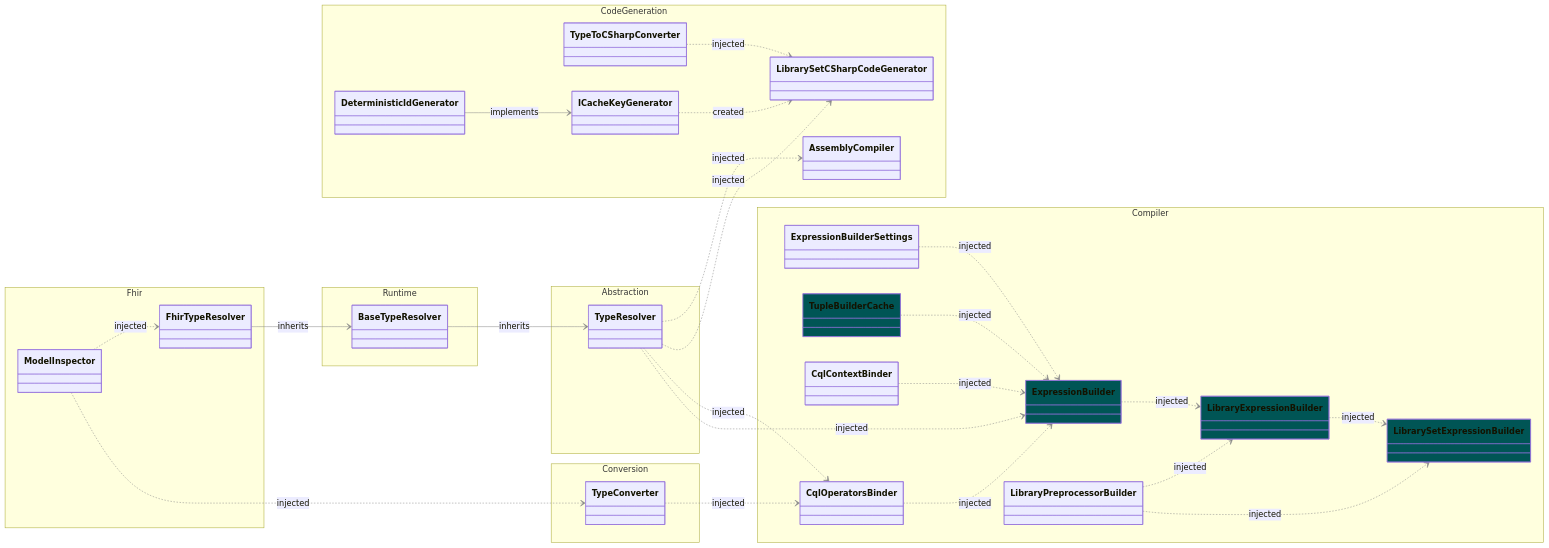
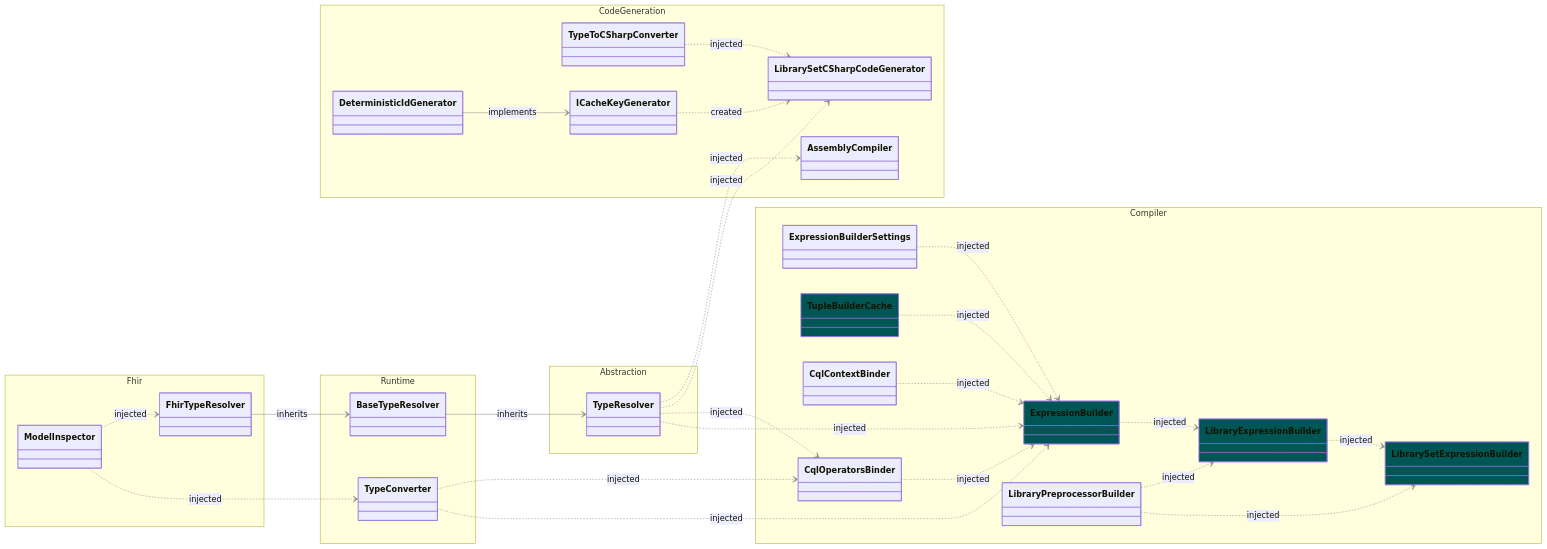
Before and after one commit to kairo-x26/firely-cql-sdk: the first of 3 diagrams in docs/dependency-diagrams.md, drawn with Mermaid. The commit also changed other lines of this file and 2 other files, not shown here.

Commit message:
docs: update stale pipeline descriptions in architecture and getting-started docs

````diff
--- a/docs/dependency-diagrams.md
+++ b/docs/dependency-diagrams.md
@@ -16,82 +16,80 @@
 ```mermaid
 %%{init: {
     'themeVariables':{  
       'lineColor': '#888',
       'lineWidth': 4
 }}}%%
 
 classDiagram
 
     direction LR
 
     namespace Compiler {
         class LibrarySetExpressionBuilder { }    
         class LibraryExpressionBuilder { }    
         class ExpressionBuilder { }    
         class ExpressionBuilderSettings { }    
         class TupleBuilderCache { }
         class CqlContextBinder { }
         class CqlOperatorsBinder { }       
         class LibraryPreprocessorBuilder { }
     }
 
     namespace CodeGeneration {
         class TypeToCSharpConverter { }
         class LibrarySetCSharpCodeGenerator { }
         class AssemblyCompiler { }
         class ICacheKeyGenerator { }
         class DeterministicIdGenerator { }
     }
 
     namespace Abstraction {
         class TypeResolver { }
     }
 
     namespace Runtime {
         class BaseTypeResolver { }
+        class TypeConverter { }
     }
 
     namespace Fhir {
         class FhirTypeResolver { }
         class ModelInspector { }
-    }
-
-    namespace Conversion {
-        class TypeConverter { }
     }
 
     %% Style Scoped Types as Cyan
     style LibrarySetExpressionBuilder fill:#055
     style LibraryExpressionBuilder fill:#055
     style ExpressionBuilder fill:#055
     style TupleBuilderCache fill:#055
     
     %% Inheritance  
     BaseTypeResolver --> TypeResolver : inherits
     FhirTypeResolver --> BaseTypeResolver : inherits
     DeterministicIdGenerator --> ICacheKeyGenerator : implements
     
     %% Dependencies                                                 
     LibraryExpressionBuilder ..> LibrarySetExpressionBuilder : injected
     LibraryPreprocessorBuilder ..> LibrarySetExpressionBuilder : injected
     ExpressionBuilder ..> LibraryExpressionBuilder : injected
     LibraryPreprocessorBuilder ..> LibraryExpressionBuilder : injected
 
     TypeResolver ..> ExpressionBuilder : injected
     CqlOperatorsBinder ..> ExpressionBuilder : injected
     TupleBuilderCache ..> ExpressionBuilder : injected
     CqlContextBinder ..> ExpressionBuilder : injected
     ExpressionBuilderSettings ..> ExpressionBuilder : injected
+    TypeConverter ..> ExpressionBuilder : injected
 
     TypeResolver ..> CqlOperatorsBinder : injected
     TypeConverter ..> CqlOperatorsBinder : injected
 
     ModelInspector ..> TypeConverter : injected  
     ModelInspector ..> FhirTypeResolver : injected  
 
     TypeToCSharpConverter ..> LibrarySetCSharpCodeGenerator : injected
     TypeResolver ..> LibrarySetCSharpCodeGenerator : injected
     ICacheKeyGenerator ..> LibrarySetCSharpCodeGenerator : created
 
     TypeResolver ..> AssemblyCompiler : injected
 ```
````
